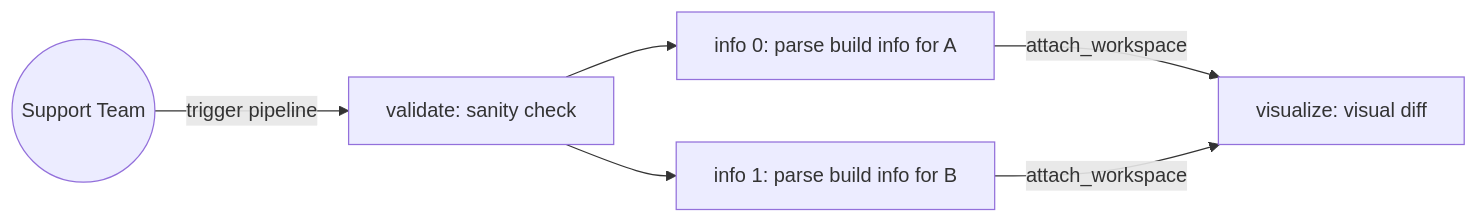
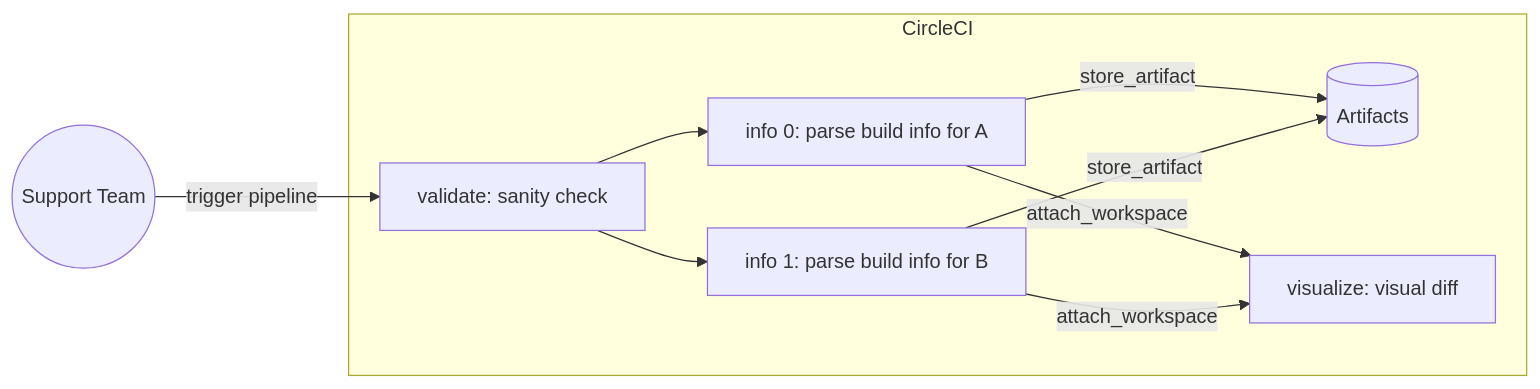
The diagram in README.md (kelvintaywl/circleci-build-compare), drawn with Mermaid before and after one commit. The commit also changed other lines of this file, not shown here.

Commit message:
docs(README.md): update diagram, and add notes on how to use

````diff
--- a/README.md
+++ b/README.md
@@ -24,8 +30,12 @@
 ```mermaid
 flowchart LR
     support((Support Team)) -- trigger pipeline --> validate[validate: sanity check]
+    subgraph ide1 [CircleCI]
     validate --> infoA[info 0: parse build info for A]
     validate --> infoB[info 1: parse build info for B]
+    infoA -- store_artifact --> artifact[(Artifacts)]
+    infoB -- store_artifact --> artifact
     infoA -- attach_workspace --> visualize[visualize: visual diff]
     infoB -- attach_workspace --> visualize
+    end
 ```
````
